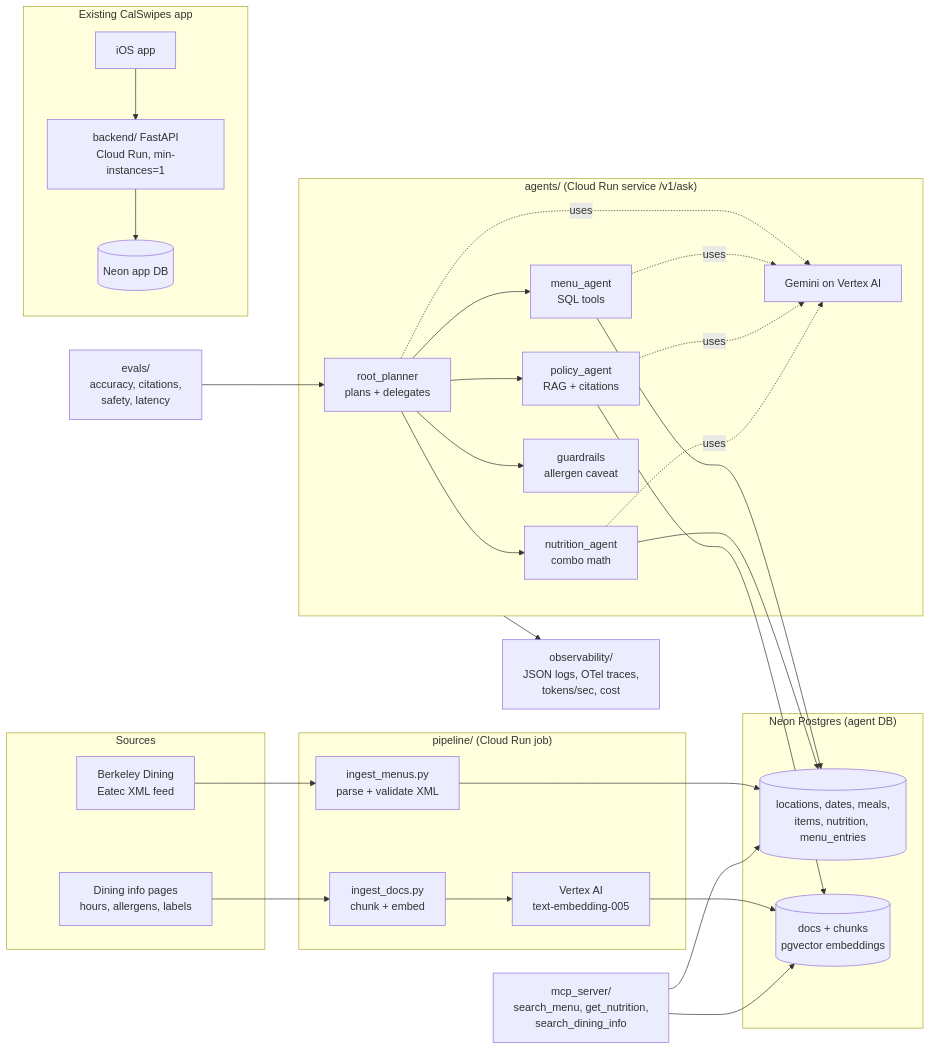
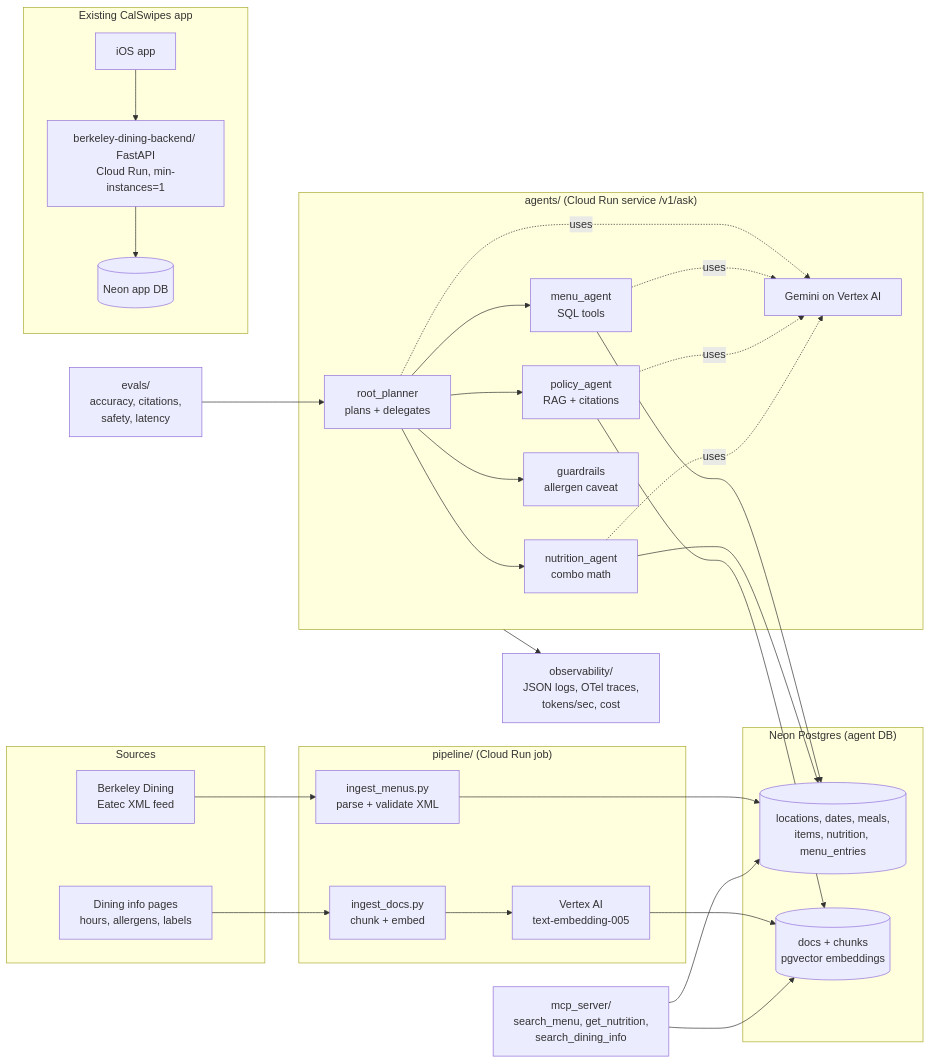
One commit to ashcash6/CalSwipes changed the diagram in agent/README.md. Above: the diagram before and after it, drawn with Mermaid. The commit also changed other lines of this file and 1 other file, not shown here.

````diff
--- a/agent/README.md
+++ b/agent/README.md
@@ -14,49 +16,49 @@
 ```mermaid
 flowchart LR
     subgraph Sources
         X[Berkeley Dining<br/>Eatec XML feed]
         D[Dining info pages<br/>hours, allergens, labels]
     end
 
     subgraph Pipeline["pipeline/ (Cloud Run job)"]
         P1[ingest_menus.py<br/>parse + validate XML]
         P2[ingest_docs.py<br/>chunk + embed]
         E[Vertex AI<br/>text-embedding-005]
     end
 
     subgraph DB["Neon Postgres (agent DB)"]
         T[(locations, dates, meals,<br/>items, nutrition, menu_entries)]
         V[(docs + chunks<br/>pgvector embeddings)]
     end
 
     subgraph Agents["agents/ (Cloud Run service /v1/ask)"]
         R[root_planner<br/>plans + delegates]
         M[menu_agent<br/>SQL tools]
         PO[policy_agent<br/>RAG + citations]
         N[nutrition_agent<br/>combo math]
         G[guardrails<br/>allergen caveat]
         LLM[Gemini on Vertex AI]
     end
 
     MCP[mcp_server/<br/>search_menu, get_nutrition,<br/>search_dining_info]
     EV[evals/<br/>accuracy, citations,<br/>safety, latency]
     OBS[observability/<br/>JSON logs, OTel traces,<br/>tokens/sec, cost]
 
     X --> P1 --> T
     D --> P2 --> E --> V
     R --> M & PO & N
     M --> T
     N --> T
     PO --> V
     R -.uses.-> LLM
     M & PO & N -.uses.-> LLM
     R --> G
     MCP --> T & V
     EV --> R
     Agents --> OBS
 
     subgraph App["Existing CalSwipes app"]
-        IOS[iOS app] --> API[backend/ FastAPI<br/>Cloud Run, min-instances=1]
+        IOS[iOS app] --> API[berkeley-dining-backend/ FastAPI<br/>Cloud Run, min-instances=1]
         API --> AppDB[(Neon app DB)]
     end
 ```
````
